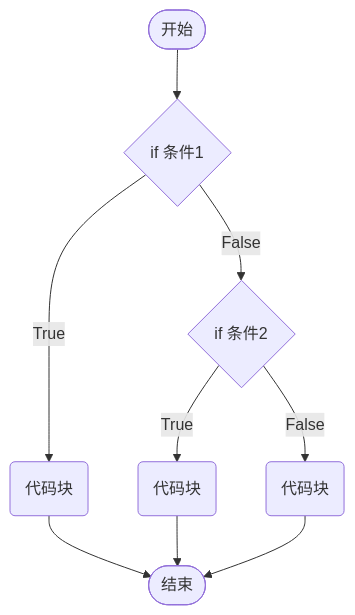
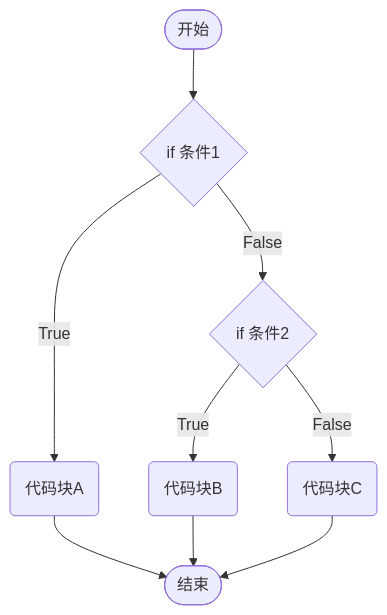
Before and after one commit to hughxusu/lesson-py: the third of 3 diagrams in a-base/7-条件.md, drawn with Mermaid. The commit also changed other lines of this file and 5 other files, not shown here.

````diff
--- a/a-base/7-条件.md
+++ b/a-base/7-条件.md
@@ -148,6 +148,6 @@
 ```mermaid
 flowchart
-    a([开始])-->b{if 条件1}--True-->c(代码块)-->e([结束])
-    b--False-->f{if 条件2}--True-->g(代码块)-->e
-    f--False-->h(代码块)-->e
+    a([开始])-->b{if 条件1}--True-->c(代码块A)-->e([结束])
+    b--False-->f{if 条件2}--True-->g(代码块B)-->e
+    f--False-->h(代码块C)-->e
 ```
````
